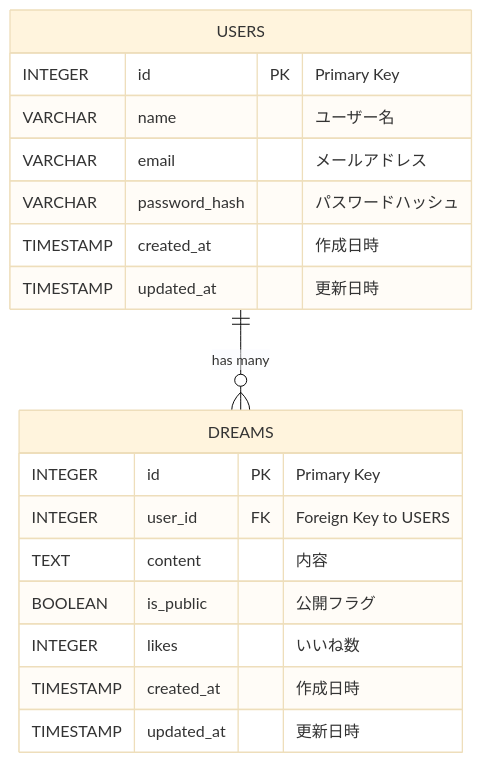
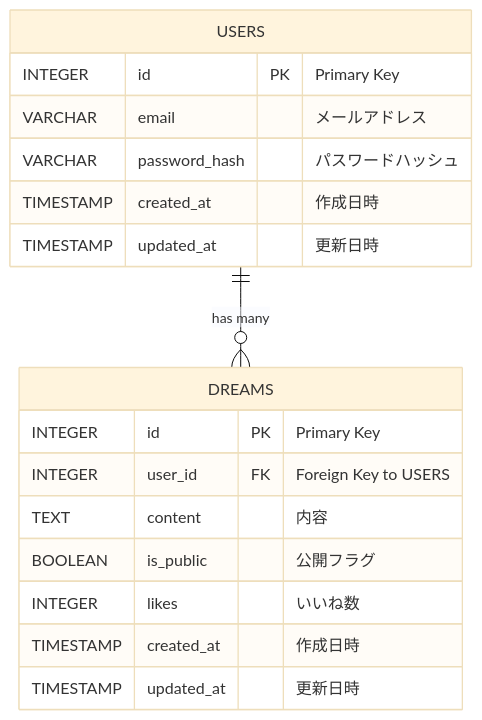
The diagram in README.md (JS-Ninjaaaa/dream-base), drawn with Mermaid (base theme) before and after one commit. The commit also changed 2 other files, not shown here.

Commit message:
Remove name from user schema

````diff
--- a/README.md
+++ b/README.md
@@ -49,21 +49,20 @@
 ```mermaid
 erDiagram
     USERS {
         INTEGER id PK "Primary Key"
-        VARCHAR name "ユーザー名"
         VARCHAR email "メールアドレス"
         VARCHAR password_hash "パスワードハッシュ"
         TIMESTAMP created_at "作成日時"
         TIMESTAMP updated_at "更新日時"
     }
     DREAMS {
         INTEGER id PK "Primary Key"
         INTEGER user_id FK "Foreign Key to USERS"
         TEXT content "内容"
         BOOLEAN is_public "公開フラグ"
         INTEGER likes "いいね数"
         TIMESTAMP created_at "作成日時"
         TIMESTAMP updated_at "更新日時"
     }
     USERS ||--o{ DREAMS : "has many"
 ```
````
